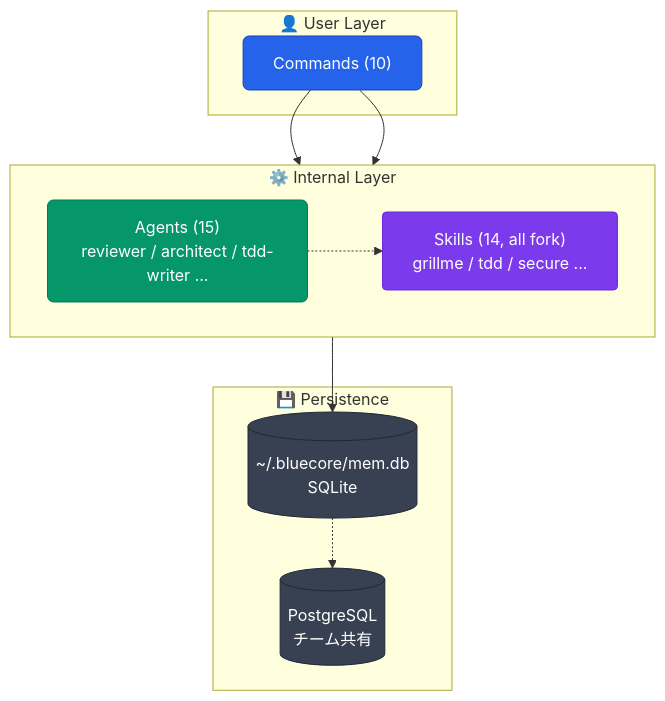
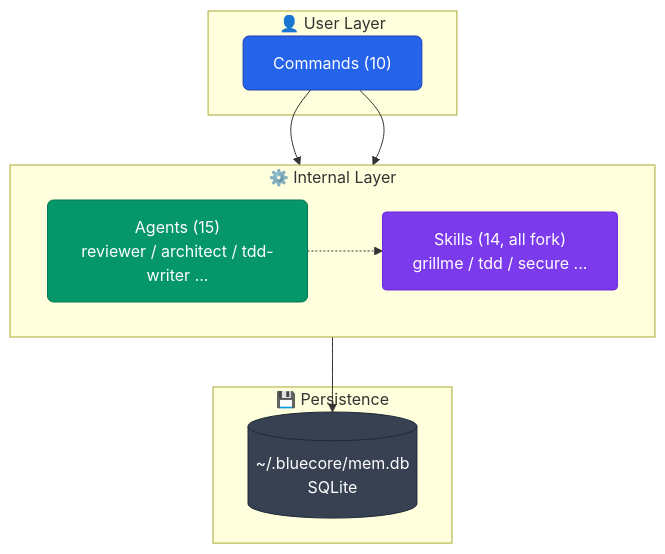
Diagram 12 of 12 in README.md (aokumablue/claq), drawn with Mermaid before and after one commit. The commit also changed other lines of this file and 51 other files, not shown here.

````diff
--- a/README.md
+++ b/README.md
@@ -524,28 +505,26 @@
 ```mermaid
 flowchart TB
   classDef cmd    fill:#2563eb,stroke:#1e40af,color:#fff,rx:6
   classDef agent  fill:#059669,stroke:#047857,color:#fff,rx:6
   classDef skill  fill:#7c3aed,stroke:#6d28d9,color:#fff,rx:4
   classDef store  fill:#374151,stroke:#1f2937,color:#fff,rx:4
 
   subgraph user["👤 User Layer"]
     CMD["Commands (10)"]:::cmd
   end
 
   subgraph internal["⚙️ Internal Layer"]
     direction LR
     AGT["Agents (15)<br/>reviewer / architect / tdd-writer ..."]:::agent
     SKL["Skills (14, all fork)<br/>grillme / tdd / secure ..."]:::skill
   end
 
   subgraph persistence["💾 Persistence"]
     DB[("~/.bluecore/mem.db<br/>SQLite")]:::store
-    PG[("PostgreSQL<br/>チーム共有")]:::store
   end
 
   CMD --> AGT
   CMD --> SKL
   AGT -.-> SKL
   AGT --> DB
-  DB -.-> PG
 ```
````
